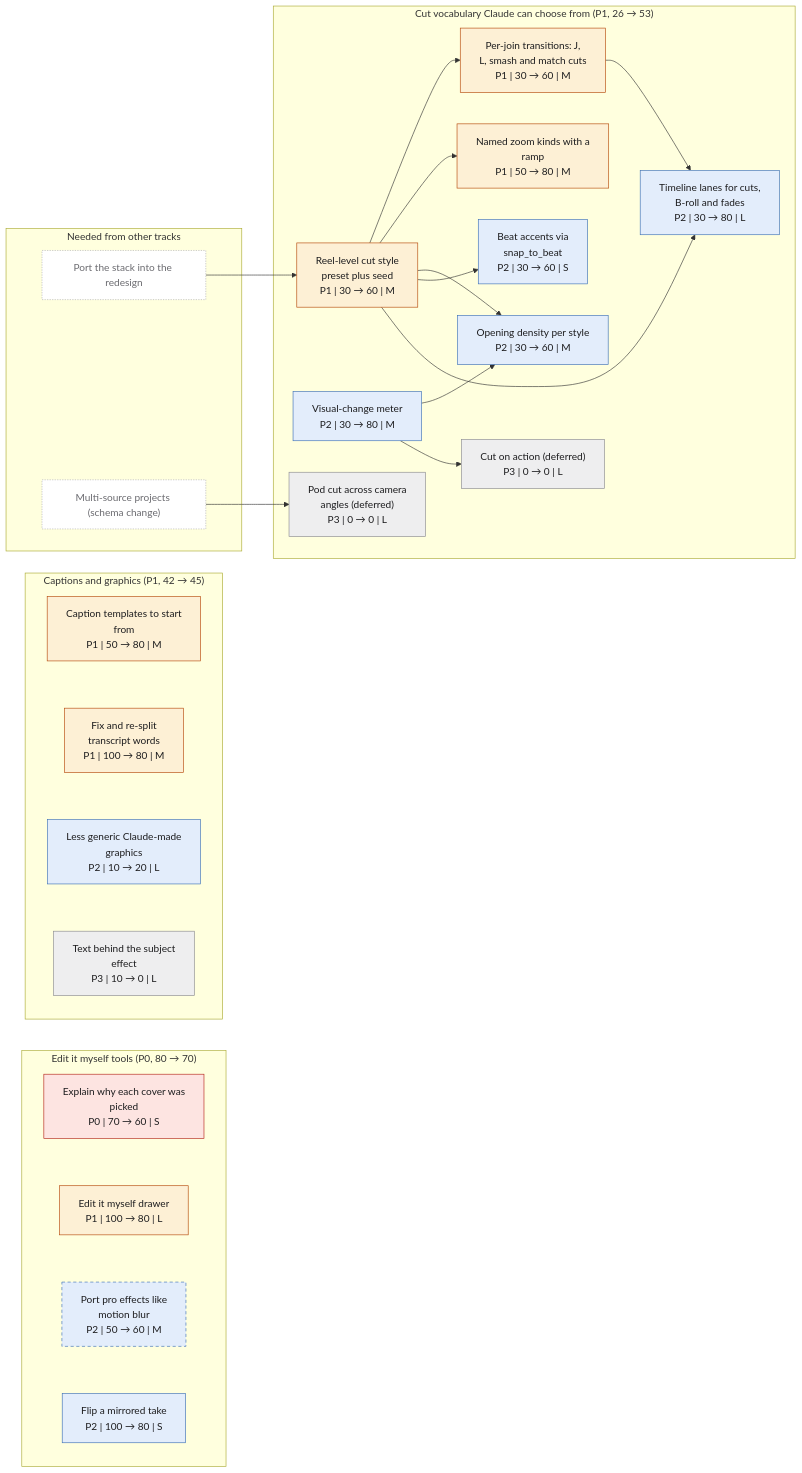
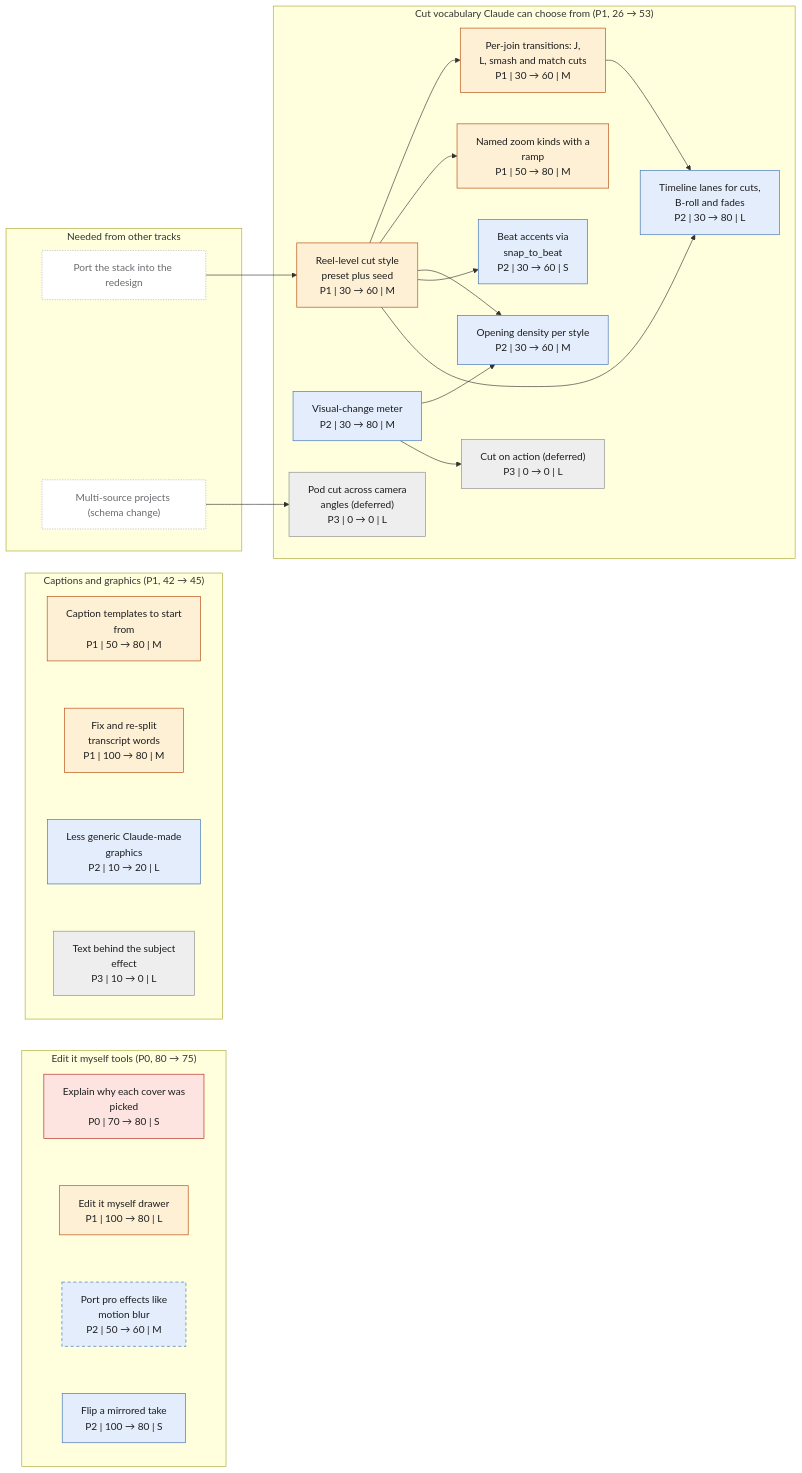
One commit to SamGu-NRX/reel-studio-app changed the sixth of 8 diagrams in roadmap-graphs.md. Above: the diagram before and after it, drawn with Mermaid. The commit also changed other lines of this file and 6 other files, not shown here.

First line of the commit message:
docs: roadmap snapshot 2026-11-05, after the second overnight run

````diff
--- a/roadmap-graphs.md
+++ b/roadmap-graphs.md
@@ -297,57 +297,57 @@
 ```mermaid
 flowchart LR
     subgraph n_cut_vocab_g["Cut vocabulary Claude can choose from (P1, 26 → 53)"]
         n_fast_cut_jcuts["Per-join transitions: J,<br/>L, smash and match cuts<br/>P1 | 30 → 60 | M"]
         n_cv_style_seed["Reel-level cut style<br/>preset plus seed<br/>P1 | 30 → 60 | M"]
         n_cv_zoom_kinds["Named zoom kinds with a<br/>ramp<br/>P1 | 50 → 80 | M"]
         n_cv_opening_density["Opening density per style<br/>P2 | 30 → 60 | M"]
         n_cv_beat_accents["Beat accents via<br/>snap_to_beat<br/>P2 | 30 → 60 | S"]
         n_timeline_ab_roll["Timeline lanes for cuts,<br/>B-roll and fades<br/>P2 | 30 → 80 | L"]
         n_cv_change_meter["Visual-change meter<br/>P2 | 30 → 80 | M"]
         n_cv_pod_cut["Pod cut across camera<br/>angles (deferred)<br/>P3 | 0 → 0 | L"]
         n_cv_cut_on_action["Cut on action (deferred)<br/>P3 | 0 → 0 | L"]
     end
-    subgraph n_ep_editing_g["Edit it myself tools (P0, 80 → 70)"]
-        n_cover_reasons["Explain why each cover was<br/>picked<br/>P0 | 70 → 60 | S"]
+    subgraph n_ep_editing_g["Edit it myself tools (P0, 80 → 75)"]
+        n_cover_reasons["Explain why each cover was<br/>picked<br/>P0 | 70 → 80 | S"]
         n_edit_it_myself["Edit it myself drawer<br/>P1 | 100 → 80 | L"]
         n_pro_effects["Port pro effects like<br/>motion blur<br/>P2 | 50 → 60 | M"]
         n_mirror_flip["Flip a mirrored take<br/>P2 | 100 → 80 | S"]
     end
     subgraph n_ep_captions_g["Captions and graphics (P1, 42 → 45)"]
         n_caption_looks["Caption templates to start<br/>from<br/>P1 | 50 → 80 | M"]
         n_transcript_editing["Fix and re-split<br/>transcript words<br/>P1 | 100 → 80 | M"]
         n_richer_graphics["Less generic Claude-made<br/>graphics<br/>P2 | 10 → 20 | L"]
         n_text_behind_subject["Text behind the subject<br/>effect<br/>P3 | 10 → 0 | L"]
     end
     subgraph other_g["Needed from other tracks"]
         n_fn_port["Port the stack into the redesign"]
         n_mc_sources["Multi-source projects (schema change)"]
     end
     n_cv_style_seed --> n_fast_cut_jcuts
     n_fn_port --> n_cv_style_seed
     n_cv_style_seed --> n_cv_zoom_kinds
     n_cv_style_seed --> n_cv_opening_density
     n_cv_change_meter --> n_cv_opening_density
     n_cv_style_seed --> n_cv_beat_accents
     n_cv_style_seed --> n_timeline_ab_roll
     n_fast_cut_jcuts --> n_timeline_ab_roll
     n_mc_sources --> n_cv_pod_cut
     n_cv_change_meter --> n_cv_cut_on_action
     n_cover_reasons ~~~ n_edit_it_myself ~~~ n_pro_effects ~~~ n_mirror_flip
     n_caption_looks ~~~ n_transcript_editing ~~~ n_richer_graphics ~~~ n_text_behind_subject
     classDef p0 fill:#fde4e1,stroke:#b42318,color:#1d1d1f
     classDef p1 fill:#fdf0d5,stroke:#b54708,color:#1d1d1f
     classDef p2 fill:#e3edfb,stroke:#3b6fb6,color:#1d1d1f
     classDef p3 fill:#eeeeef,stroke:#8a8a8f,color:#1d1d1f
     classDef dropped fill:#ffffff,stroke:#b0b0b5,color:#8a8a8f
     classDef outside fill:#ffffff,stroke:#b0b0b5,color:#6b6b70,stroke-dasharray:2 2
     classDef blocker fill:#ffffff,stroke:#6b6b70,color:#1d1d1f,stroke-dasharray:5 4
     classDef waits stroke-dasharray:5 4
     classDef hardest stroke:#7a1010,stroke-width:4px
     class n_fast_cut_jcuts,n_cv_style_seed,n_cv_zoom_kinds,n_edit_it_myself,n_caption_looks,n_transcript_editing p1
     class n_cv_opening_density,n_cv_beat_accents,n_timeline_ab_roll,n_cv_change_meter,n_pro_effects,n_mirror_flip,n_richer_graphics p2
     class n_cv_pod_cut,n_cv_cut_on_action,n_text_behind_subject p3
     class n_cover_reasons p0
     class n_pro_effects waits
     class n_fn_port,n_mc_sources outside
 ```
````
